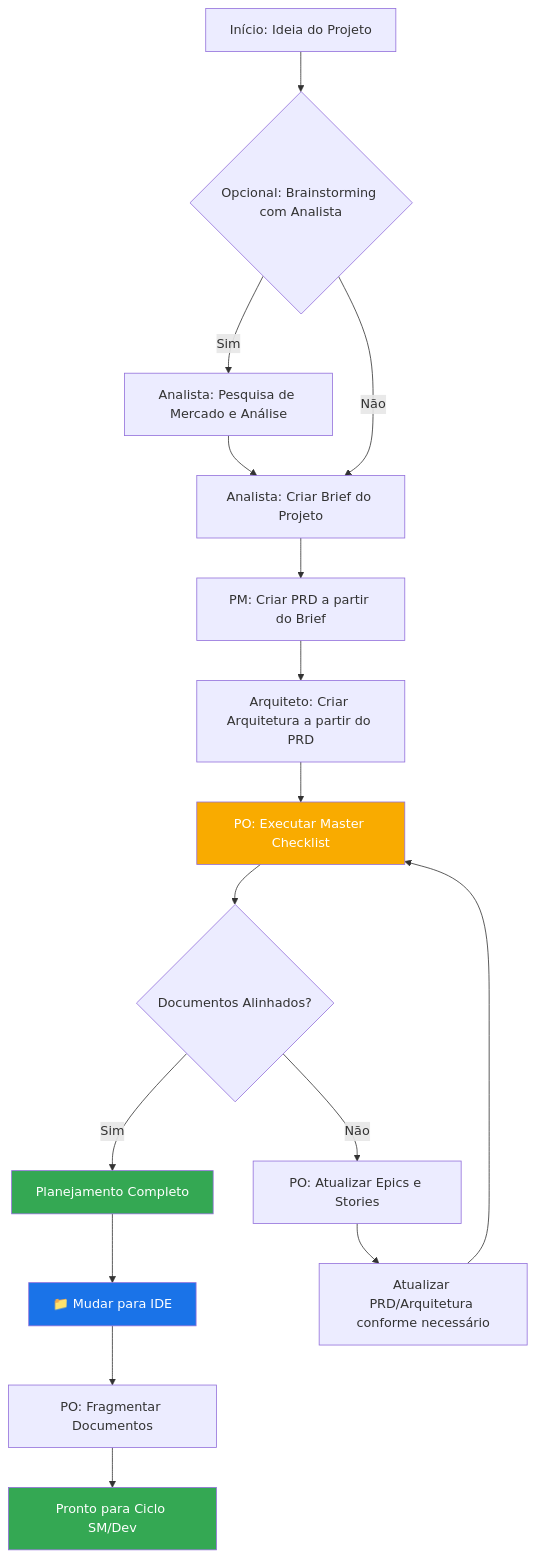
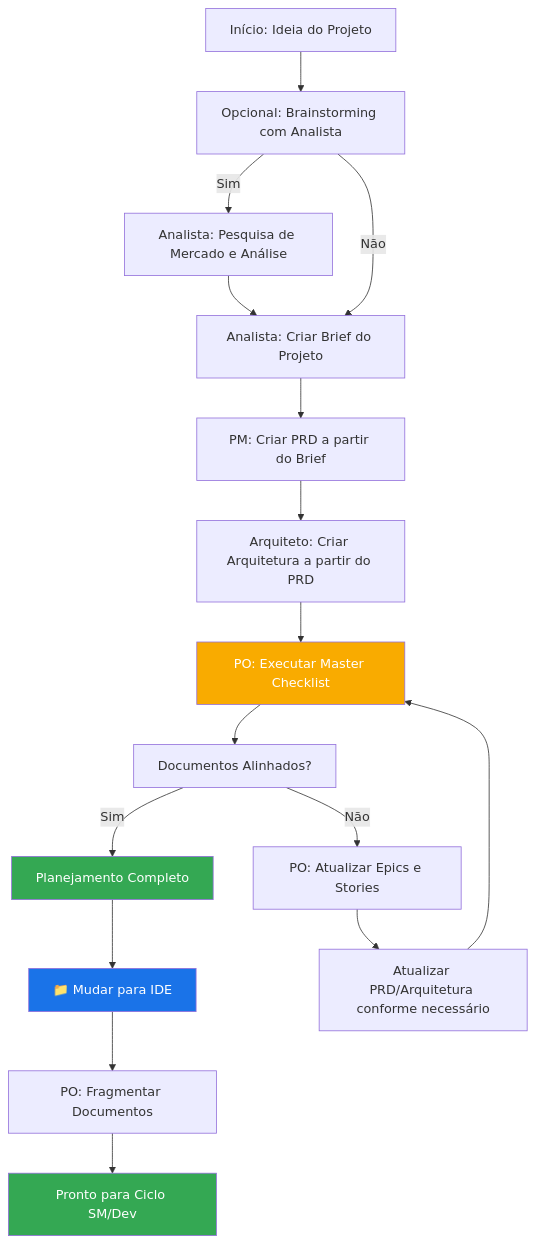
One commit to bychrisr/aios-docs changed the second of 3 diagrams in content/pt-BR/docs/core-architecture.mdx. Above: the diagram before and after it, drawn with Mermaid. The commit also changed other lines of this file and 40 other files, not shown here.

````diff
--- a/content/pt-BR/docs/core-architecture.mdx
+++ b/content/pt-BR/docs/core-architecture.mdx
@@ -164,23 +164,23 @@
 ```mermaid
 graph TD
-    A["Início: Ideia do Projeto"] --> B{"Opcional: Brainstorming com Analista"}
+    A["Início: Ideia do Projeto"] --> B["Opcional: Brainstorming com Analista"]
     B -->|Sim| C["Analista: Pesquisa de Mercado e Análise"]
     B -->|Não| D["Criar Brief do Projeto"]
     C --> D["Analista: Criar Brief do Projeto"]
     D --> E["PM: Criar PRD a partir do Brief"]
     E --> F["Arquiteto: Criar Arquitetura a partir do PRD"]
     F --> G["PO: Executar Master Checklist"]
-    G --> H{"Documentos Alinhados?"}
+    G --> H["Documentos Alinhados?"]
     H -->|Sim| I["Planejamento Completo"]
     H -->|Não| J["PO: Atualizar Epics e Stories"]
     J --> K["Atualizar PRD/Arquitetura conforme necessário"]
     K --> G
     I --> L["📁 Mudar para IDE"]
     L --> M["PO: Fragmentar Documentos"]
     M --> N["Pronto para Ciclo SM/Dev"]
 
     style I fill:#34a853,color:#fff
     style G fill:#f9ab00,color:#fff
     style L fill:#1a73e8,color:#fff
     style N fill:#34a853,color:#fff
 ```
````
